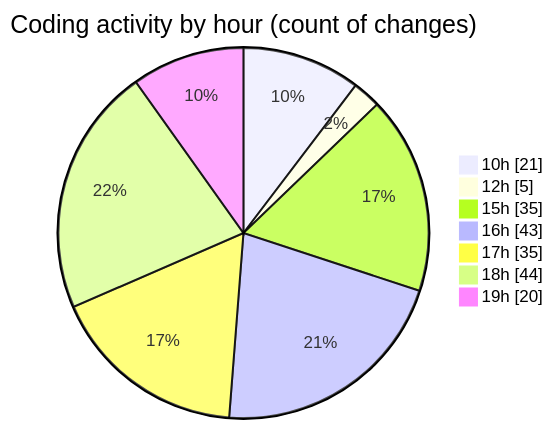
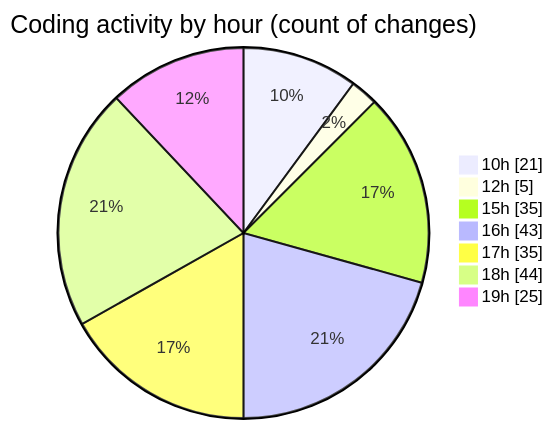
One commit to momahboobian/code-tracking changed the second of 2 diagrams in 2025-08-27/cda/README.md. Above: the diagram before and after it, drawn with Mermaid. The commit also changed other lines of this file and 1 other file, not shown here.

````diff
--- a/2025-08-27/cda/README.md
+++ b/2025-08-27/cda/README.md
@@ -49,11 +49,11 @@
 ```mermaid
 pie showData
 title Coding activity by hour (count of changes)
 "10h" : 21
 "12h" : 5
 "15h" : 35
 "16h" : 43
 "17h" : 35
 "18h" : 44
-"19h" : 20
+"19h" : 25
 ```
````
